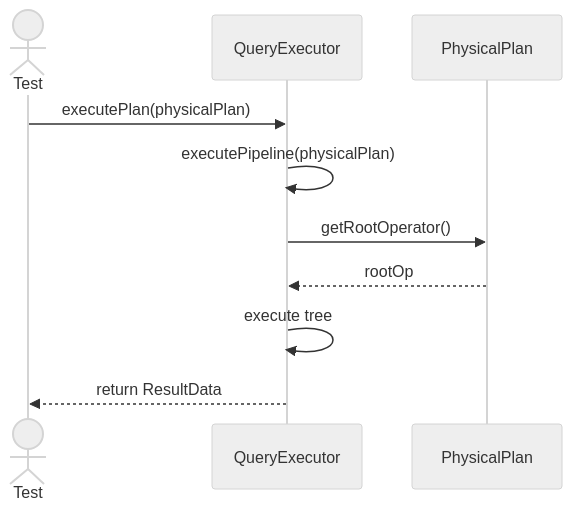
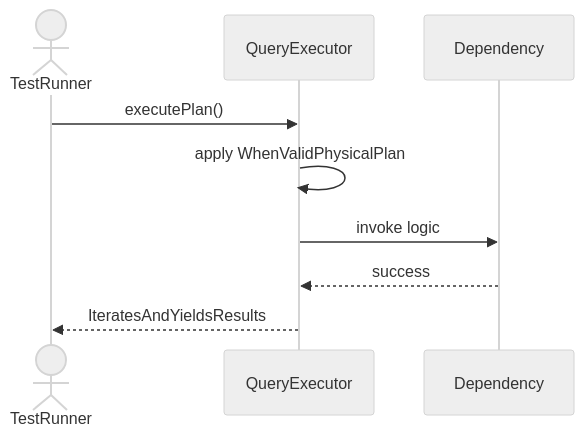
Before and after one commit to TamBui1706/DBMS: the first of 6 diagrams in Sequences/QueryProcessor/QueryExecutor.md, drawn with Mermaid (neutral theme). The commit also changed other lines of this file and 63 other files, not shown here.

Commit message:
Draw sequence diagram for unit tests

````diff
--- a/Sequences/QueryProcessor/QueryExecutor.md
+++ b/Sequences/QueryProcessor/QueryExecutor.md
@@ -16,13 +18,10 @@
 ```mermaid
 sequenceDiagram
-    actor Test
+    actor TestRunner
     participant QueryExecutor
-    participant PhysicalPlan
-
-    Test->>QueryExecutor: executePlan(physicalPlan)
-    QueryExecutor->>QueryExecutor: executePipeline(physicalPlan)
-    QueryExecutor->>PhysicalPlan: getRootOperator()
-    PhysicalPlan-->>QueryExecutor: rootOp
-    QueryExecutor->>QueryExecutor: execute tree
-    QueryExecutor-->>Test: return ResultData
+    TestRunner->>QueryExecutor: executePlan()
+    QueryExecutor->>QueryExecutor: apply WhenValidPhysicalPlan
+    QueryExecutor->>Dependency: invoke logic
+    Dependency-->>QueryExecutor: success
+    QueryExecutor-->>TestRunner: IteratesAndYieldsResults
 ```
````
